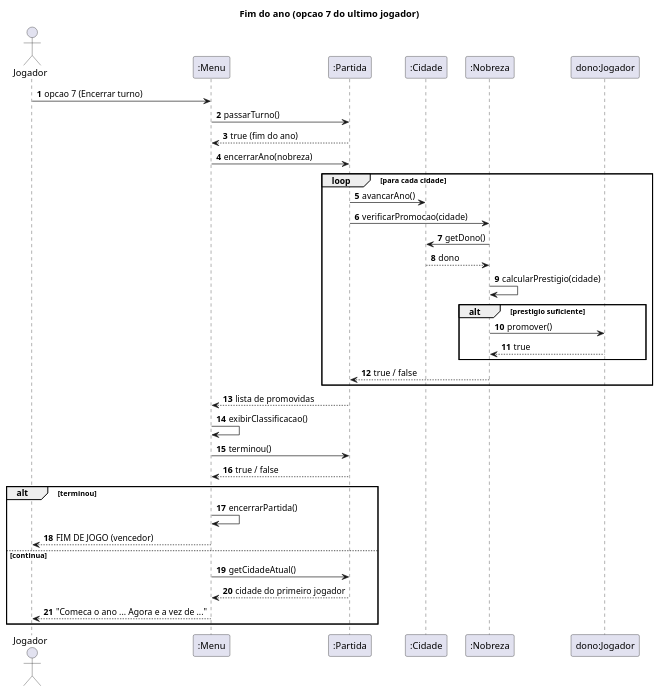
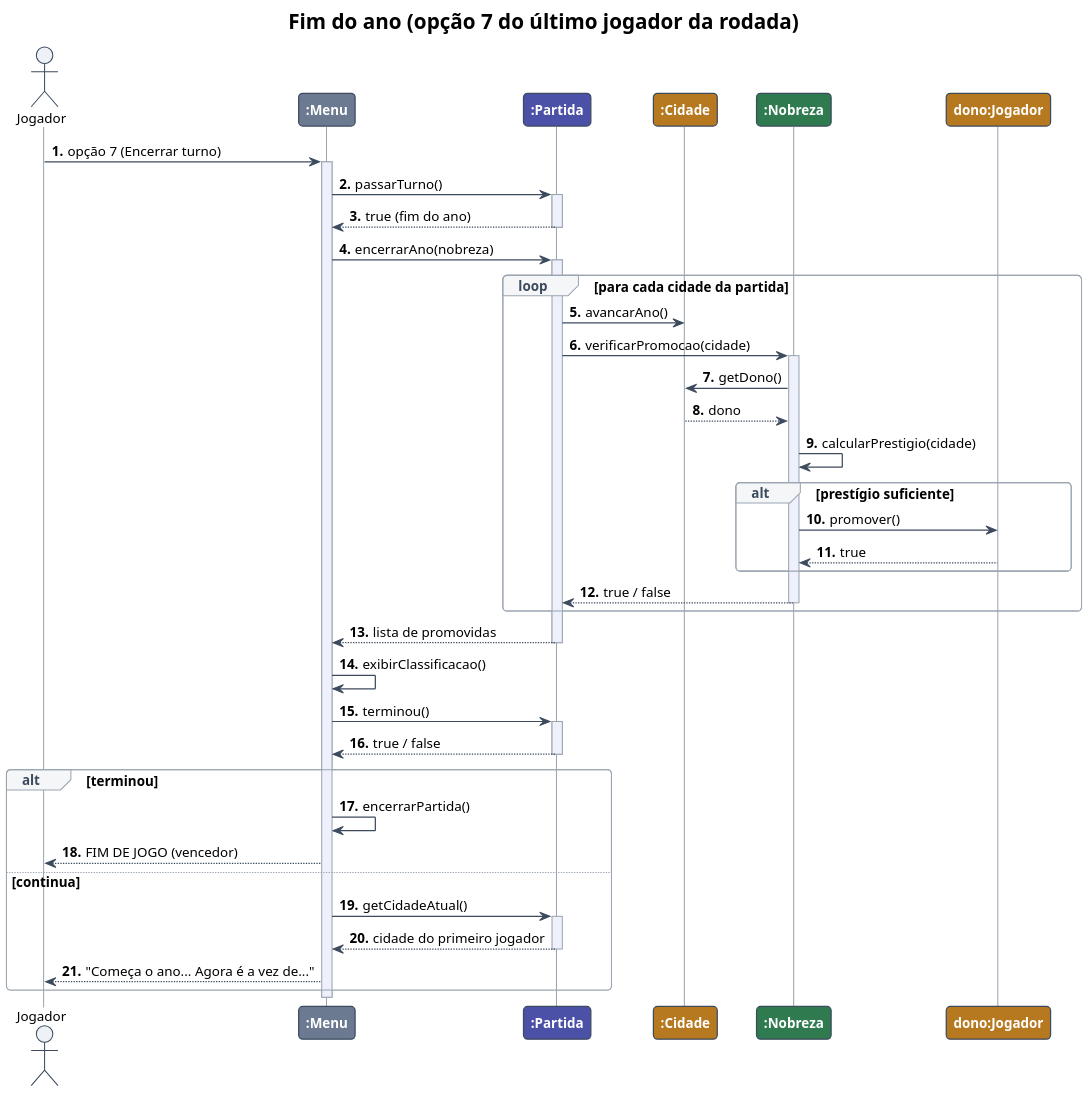
Before and after one commit to toybile/projeto-bolonha-e-milano: the diagram in uml/diagrama-sequencia-fim-do-ano.puml, drawn with PlantUML. The commit also changed 8 other files, not shown here.

First line of the commit message:
Melhorias extras: tela limpa, pausa e cores no terminal; diagramas em PNG

```diff
--- a/uml/diagrama-sequencia-fim-do-ano.puml
+++ b/uml/diagrama-sequencia-fim-do-ano.puml
@@ -1,47 +1,86 @@
 @startuml diagrama-sequencia-fim-do-ano
 ' Bolonha e Milano - sequencia: o ULTIMO jogador da rodada escolhe "Encerrar turno".
 ' Seta cheia = chamada de metodo; seta tracejada = retorno.
 
-title Fim do ano (opcao 7 do ultimo jogador)
-autonumber
+!theme plain
+skinparam dpi 150
+skinparam defaultFontName Arial
+skinparam defaultFontSize 13
+skinparam shadowing false
+skinparam roundCorner 8
+skinparam TitleFontSize 20
+skinparam TitleFontStyle bold
+skinparam ArrowColor #3C4A5E
+skinparam ArrowThickness 1.2
+skinparam sequence {
+  LifeLineBorderColor #9AA5B1
+  LifeLineBackgroundColor #EEF0FB
+  ParticipantBorderThickness 1.2
+  ParticipantFontStyle bold
+  ActorBorderColor #3C4A5E
+  ActorBackgroundColor #EEF2F7
+  GroupBorderColor #9AA5B1
+  GroupBackgroundColor #F5F6F8
+  GroupHeaderFontColor #3C4A5E
+  MessageAlign left
+}
+skinparam participant {
+  BorderColor #3C4A5E
+  FontColor #FFFFFF
+}
+
+title Fim do ano (opção 7 do último jogador da rodada)
+autonumber "<b>0."
 
 actor Jogador as J
-participant ":Menu" as M
-participant ":Partida" as P
-participant ":Cidade" as C
-participant ":Nobreza" as N
-participant "dono:Jogador" as D
+participant ":Menu" as M #6B7A90
+participant ":Partida" as P #4C51A8
+participant ":Cidade" as C #B7791F
+participant ":Nobreza" as N #2F7A4F
+participant "dono:Jogador" as D #B7791F
 
-J -> M : opcao 7 (Encerrar turno)
+J -> M : opção 7 (Encerrar turno)
+activate M
 M -> P : passarTurno()
+activate P
 P --> M : true (fim do ano)
+deactivate P
 
 M -> P : encerrarAno(nobreza)
-loop para cada cidade
+activate P
+loop para cada cidade da partida
   P -> C : avancarAno()
   P -> N : verificarPromocao(cidade)
+  activate N
   N -> C : getDono()
   C --> N : dono
   N -> N : calcularPrestigio(cidade)
-  alt prestigio suficiente
+  alt prestígio suficiente
     N -> D : promover()
     D --> N : true
   end
   N --> P : true / false
+  deactivate N
 end
 P --> M : lista de promovidas
+deactivate P
 
 M -> M : exibirClassificacao()
 M -> P : terminou()
+activate P
 P --> M : true / false
+deactivate P
 
 alt terminou
   M -> M : encerrarPartida()
   M --> J : FIM DE JOGO (vencedor)
 else continua
   M -> P : getCidadeAtual()
+  activate P
   P --> M : cidade do primeiro jogador
-  M --> J : "Comeca o ano ... Agora e a vez de ..."
+  deactivate P
+  M --> J : "Começa o ano... Agora é a vez de..."
 end
+deactivate M
 
 @enduml
```
